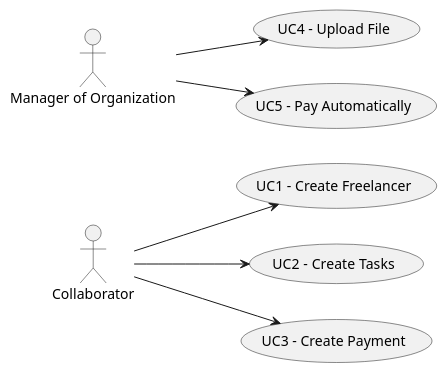
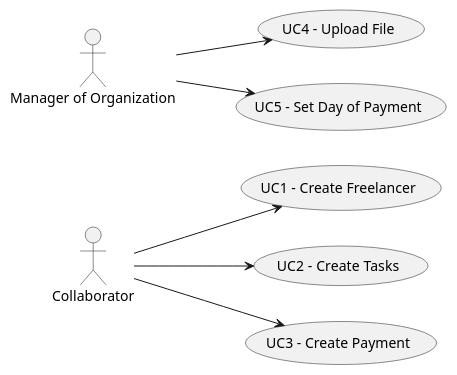
Before and after one commit to pedrolemos4/LAPR2: the diagram in docs/DUC.puml, drawn with PlantUML. The commit also changed 3 other files, not shown here.

```diff
--- a/docs/DUC.puml
+++ b/docs/DUC.puml
@@ -1,21 +1,21 @@
 @startuml
 
 usecase UC1 as "UC1 - Create Freelancer"
 usecase UC2 as "UC2 - Create Tasks"
 usecase UC3 as "UC3 - Create Payment"
 usecase UC4 as "UC4 - Upload File"
-usecase UC5 as "UC5 - Pay Automatically"
+usecase UC5 as "UC5 - Set Day of Payment"
 
 
 actor "Collaborator" as CO
 actor "Manager of Organization" as MO
 
 left to right direction
 CO --> (UC1)
 CO --> (UC2)
 CO --> (UC3)
 MO --> (UC4)
 
 MO -->(UC5)
 
 @enduml
```
